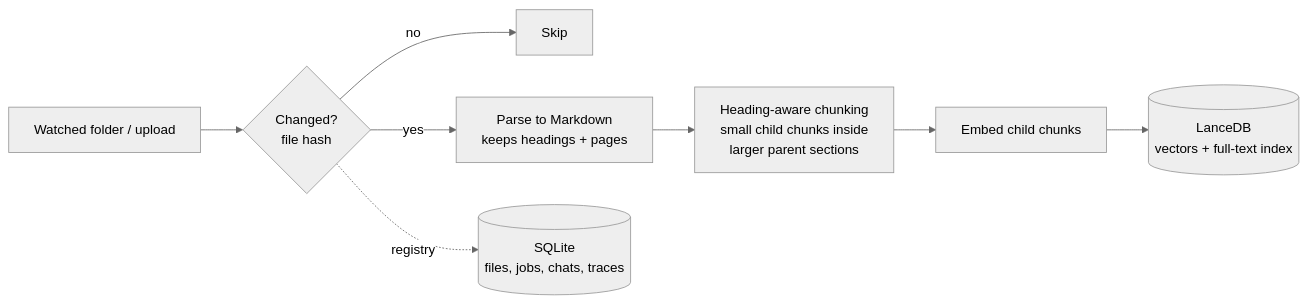
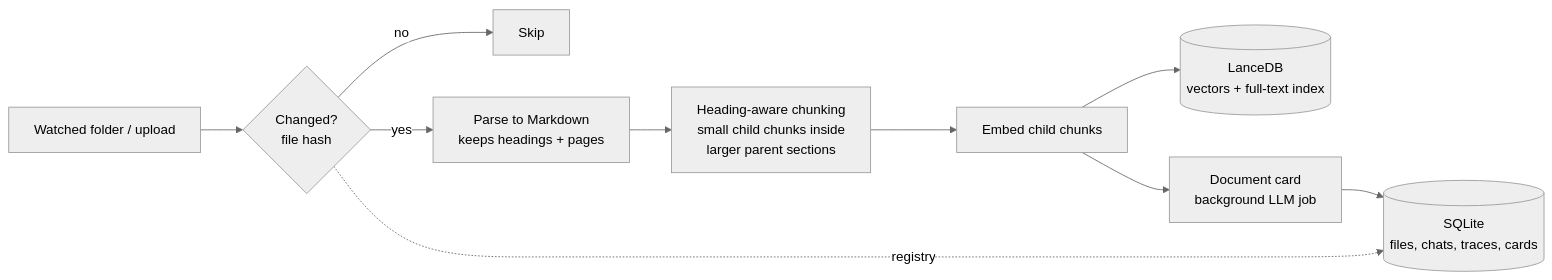
Before and after one commit to Dima252/VaultMind: the first of 3 diagrams in README.md, drawn with Mermaid (neutral theme). The commit also changed other lines of this file and 55 other files, not shown here.

````diff
--- a/README.md
+++ b/README.md
@@ -32,10 +33,12 @@
 ```mermaid
 flowchart LR
     A[Watched folder / upload] --> B{Changed?<br/>file hash}
     B -- no --> X[Skip]
     B -- yes --> C[Parse to Markdown<br/>keeps headings + pages]
     C --> D[Heading-aware chunking<br/>small child chunks inside<br/>larger parent sections]
     D --> E[Embed child chunks]
     E --> F[(LanceDB<br/>vectors + full-text index)]
-    B -. registry .-> G[(SQLite<br/>files, jobs, chats, traces)]
+    B -. registry .-> G[(SQLite<br/>files, chats, traces, cards)]
+    E --> H[Document card<br/>background LLM job]
+    H --> G
 ```
````
